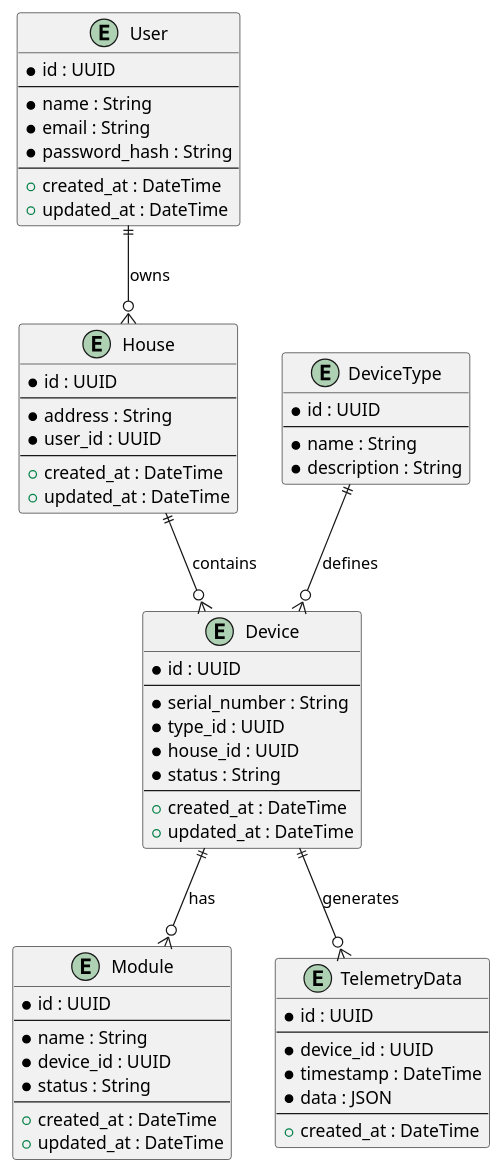
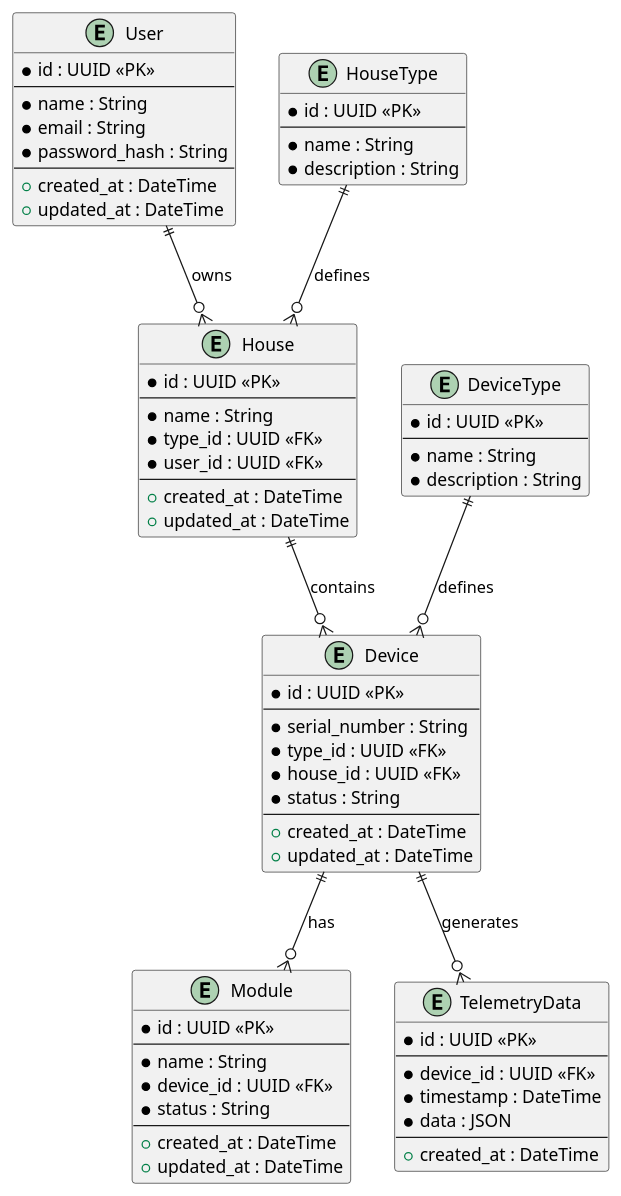
The diagram in Task1/Task1.3/Development of an ER diagram/Entity-Relationship Diagram.puml (pitver/Software-Architecture), drawn with PlantUML before and after one commit. The commit also changed 21 other files, not shown here.

```diff
--- a/Task1/Task1.3/Development of an ER diagram/Entity-Relationship Diagram.puml
+++ b/Task1/Task1.3/Development of an ER diagram/Entity-Relationship Diagram.puml
@@ -1,69 +1,78 @@
 @startuml
 entity "User" as user {
-  *id : UUID
+  *id : UUID <<PK>>
   --
   *name : String
   *email : String
   *password_hash : String
   --
   +created_at : DateTime
   +updated_at : DateTime
 }
 
 entity "House" as house {
-  *id : UUID
+  *id : UUID <<PK>>
   --
-  *address : String
-  *user_id : UUID
+  *name : String
+  *type_id : UUID <<FK>>
+  *user_id : UUID <<FK>>
   --
   +created_at : DateTime
   +updated_at : DateTime
 }
 
+entity "HouseType" as housetype {
+  *id : UUID <<PK>>
+  --
+  *name : String
+  *description : String
+}
+
 entity "Device" as device {
-  *id : UUID
+  *id : UUID <<PK>>
   --
   *serial_number : String
-  *type_id : UUID
-  *house_id : UUID
+  *type_id : UUID <<FK>>
+  *house_id : UUID <<FK>>
   *status : String
   --
   +created_at : DateTime
   +updated_at : DateTime
 }
 
 entity "DeviceType" as devicetype {
-  *id : UUID
+  *id : UUID <<PK>>
   --
   *name : String
   *description : String
 }
 
 entity "Module" as module {
-  *id : UUID
+  *id : UUID <<PK>>
   --
   *name : String
-  *device_id : UUID
+  *device_id : UUID <<FK>>
   *status : String
   --
   +created_at : DateTime
   +updated_at : DateTime
 }
 
 entity "TelemetryData" as telemetry {
-  *id : UUID
+  *id : UUID <<PK>>
   --
-  *device_id : UUID
+  *device_id : UUID <<FK>>
   *timestamp : DateTime
   *data : JSON
   --
   +created_at : DateTime
 }
 
 ' Связи
 user ||--o{ house : "owns"
+housetype ||--o{ house : "defines"
 house ||--o{ device : "contains"
 device ||--o{ module : "has"
 devicetype ||--o{ device : "defines"
 device ||--o{ telemetry : "generates"
 @enduml
```
